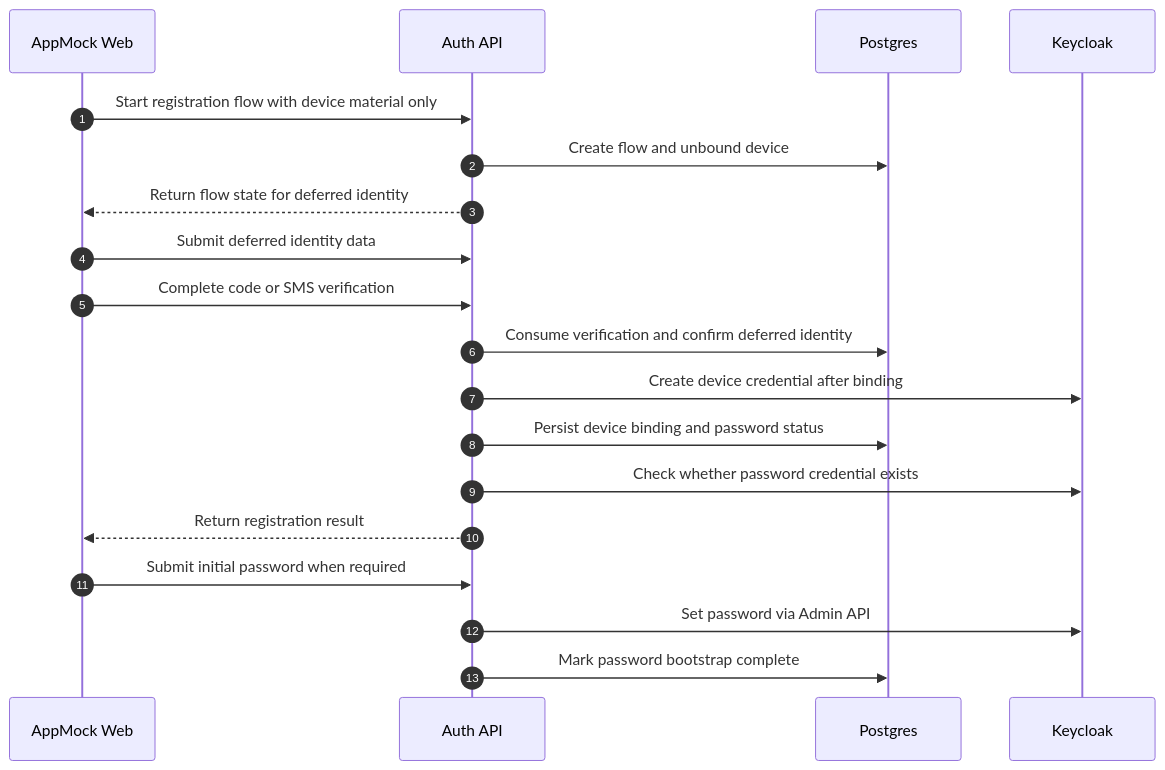
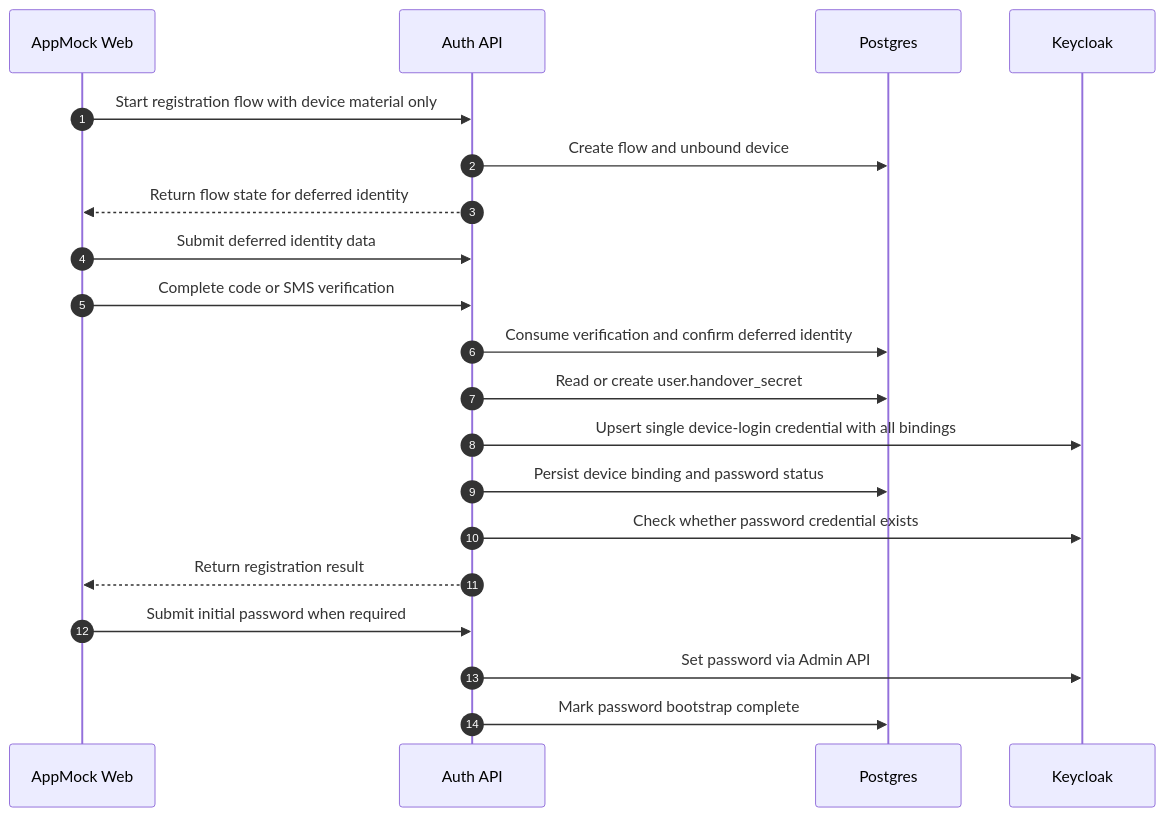
Before and after one commit to rpreissel/auth-sandbox-2: the diagram in docs/diagrams/sequences/device-registration-and-password-bootstrap/README.md, drawn with Mermaid. The commit also changed other lines of this file and 5 other files, not shown here.

First line of the commit message:
docs: update diagrams for handover-v2 model

````diff
--- a/docs/diagrams/sequences/device-registration-and-password-bootstrap/README.md
+++ b/docs/diagrams/sequences/device-registration-and-password-bootstrap/README.md
@@ -10,22 +9,23 @@
 ```mermaid
 sequenceDiagram
   autonumber
   participant App as AppMock Web
   participant Auth as Auth API
   participant DB as Postgres
   participant KC as Keycloak
 
   App->>Auth: Start registration flow with device material only
   Auth->>DB: Create flow and unbound device
   Auth-->>App: Return flow state for deferred identity
   App->>Auth: Submit deferred identity data
   App->>Auth: Complete code or SMS verification
   Auth->>DB: Consume verification and confirm deferred identity
-  Auth->>KC: Create device credential after binding
+  Auth->>DB: Read or create user.handover_secret
+  Auth->>KC: Upsert single device-login credential with all bindings
   Auth->>DB: Persist device binding and password status
   Auth->>KC: Check whether password credential exists
   Auth-->>App: Return registration result
   App->>Auth: Submit initial password when required
   Auth->>KC: Set password via Admin API
   Auth->>DB: Mark password bootstrap complete
 ```
````
